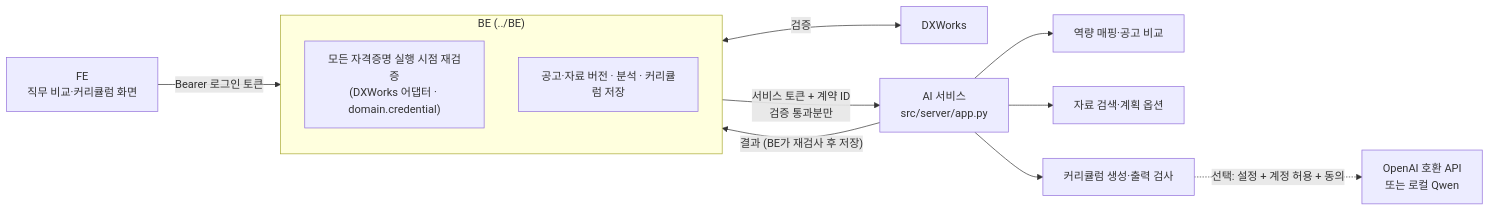
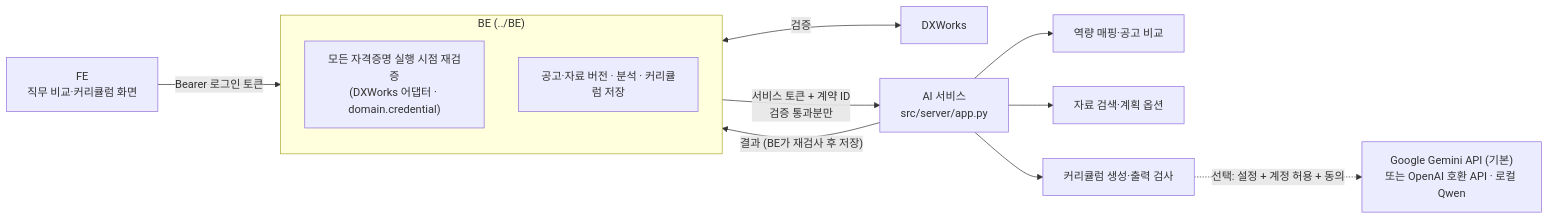
The diagram in ai/docs/CAREER_AI_SERVICE.md (HYUJIM/VC_AI_Career_agent), drawn with Mermaid before and after one commit. The commit also changed other lines of this file and 67 other files, not shown here.

````diff
--- a/ai/docs/CAREER_AI_SERVICE.md
+++ b/ai/docs/CAREER_AI_SERVICE.md
@@ -8,15 +8,15 @@
 ```mermaid
 flowchart LR
     FE["FE<br/>직무 비교·커리큘럼 화면"] -->|"Bearer 로그인 토큰"| BE
     subgraph BE["BE (../BE)"]
         RV["모든 자격증명 실행 시점 재검증<br/>(DXWorks 어댑터 · domain.credential)"]
         ST["공고·자료 버전 · 분석 · 커리큘럼 저장"]
     end
     BE <-->|"검증"| DX["DXWorks"]
     BE -->|"서비스 토큰 + 계약 ID<br/>검증 통과분만"| S["AI 서비스<br/>src/server/app.py"]
     S --> Gap["역량 매핑·공고 비교"]
     S --> Plan["자료 검색·계획 옵션"]
     S --> Gen["커리큘럼 생성·출력 검사"]
-    Gen -. "선택: 설정 + 계정 허용 + 동의" .-> LLM["OpenAI 호환 API<br/>또는 로컬 Qwen"]
+    Gen -. "선택: 설정 + 계정 허용 + 동의" .-> LLM["Google Gemini API (기본)<br/>또는 OpenAI 호환 API · 로컬 Qwen"]
     S -->|"결과 (BE가 재검사 후 저장)"| BE
 ```
````
